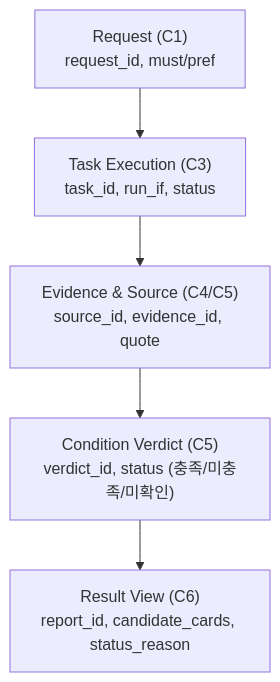
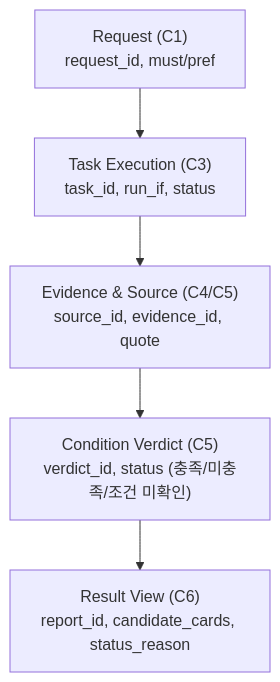
One commit to ik-e/chaja-you changed the second of 2 diagrams in docs/members/R04/workspace/2026-11-12_사용자_문제_및_기존_대안_한계_분석.md. Above: the diagram before and after it, drawn with Mermaid. The commit also changed other lines of this file and 8 other files, not shown here.

````diff
--- a/docs/members/R04/workspace/2026-11-12_사용자_문제_및_기존_대안_한계_분석.md
+++ b/docs/members/R04/workspace/2026-11-12_사용자_문제_및_기존_대안_한계_분석.md
@@ -92,7 +126,7 @@
 ```mermaid
 flowchart TD
     Req["Request (C1)<br/>request_id, must/pref"] --> Task["Task Execution (C3)<br/>task_id, run_if, status"]
     Task --> Evidence["Evidence & Source (C4/C5)<br/>source_id, evidence_id, quote"]
-    Evidence --> Verdict["Condition Verdict (C5)<br/>verdict_id, status (충족/미충족/미확인)"]
+    Evidence --> Verdict["Condition Verdict (C5)<br/>verdict_id, status (충족/미충족/조건 미확인)"]
     Verdict --> View["Result View (C6)<br/>report_id, candidate_cards, status_reason"]
 ```
````
